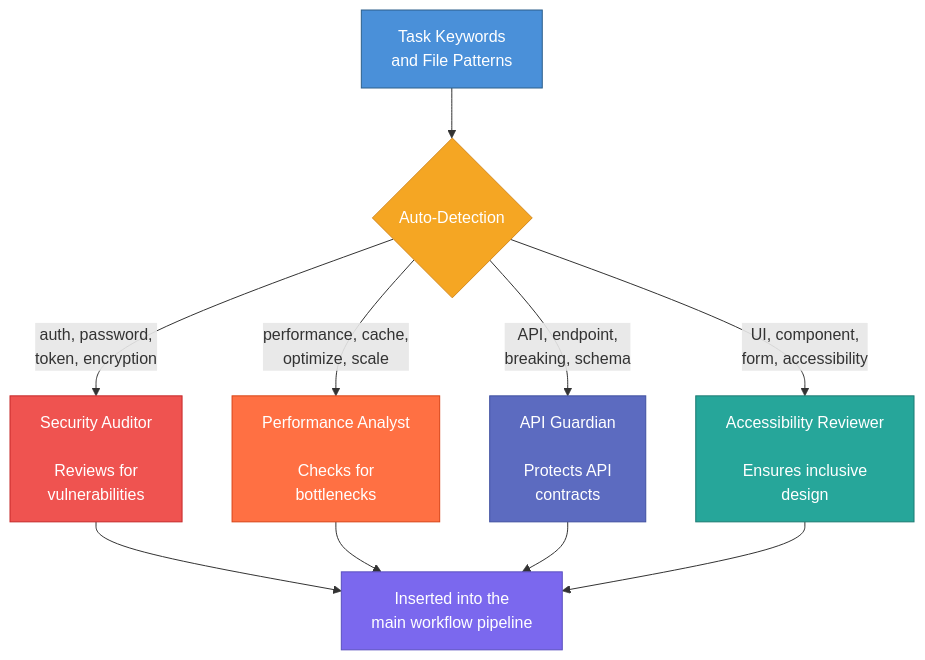
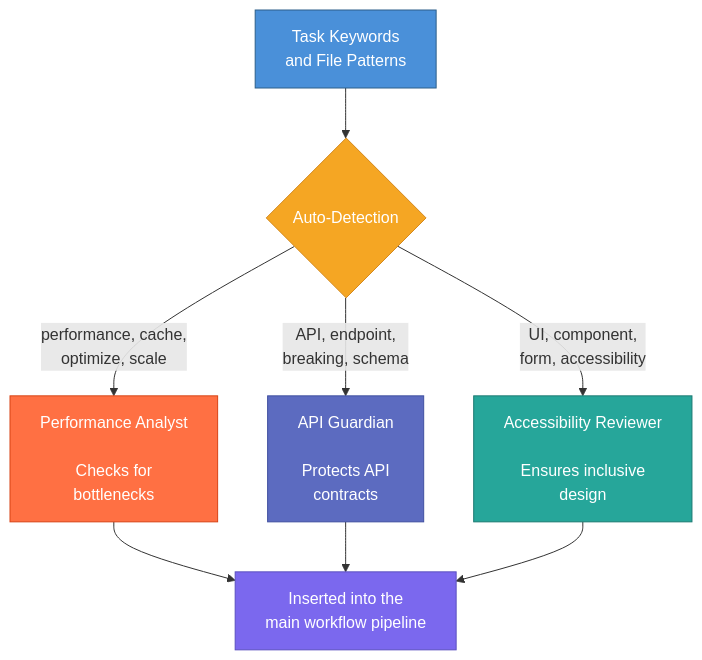
Before and after one commit to ciprianvradu/agentic-workflow: the eighth of 11 diagrams in docs/overview.md, drawn with Mermaid. The commit also changed other lines of this file and 72 other files, not shown here.

First line of the commit message:
Refactor workflow phases: replace 'architect' and 'developer' with 'planner' in tests and scripts

````diff
--- a/docs/overview.md
+++ b/docs/overview.md
@@ -360,22 +348,19 @@
 ```mermaid
 flowchart TD
     TASK["Task Keywords\nand File Patterns"] --> DETECT{Auto-Detection}
 
-    DETECT -->|"auth, password,\ntoken, encryption"| SEC["Security Auditor\n\nReviews for\nvulnerabilities"]
     DETECT -->|"performance, cache,\noptimize, scale"| PERF["Performance Analyst\n\nChecks for\nbottlenecks"]
     DETECT -->|"API, endpoint,\nbreaking, schema"| API["API Guardian\n\nProtects API\ncontracts"]
     DETECT -->|"UI, component,\nform, accessibility"| A11Y["Accessibility Reviewer\n\nEnsures inclusive\ndesign"]
 
-    SEC --> PIPELINE["Inserted into the\nmain workflow pipeline"]
-    PERF --> PIPELINE
+    PERF --> PIPELINE["Inserted into the\nmain workflow pipeline"]
     API --> PIPELINE
     A11Y --> PIPELINE
 
     style TASK fill:#4A90D9,stroke:#2C5F8A,color:#fff
     style DETECT fill:#F5A623,stroke:#D4891E,color:#fff
-    style SEC fill:#EF5350,stroke:#C62828,color:#fff
     style PERF fill:#FF7043,stroke:#D84315,color:#fff
     style API fill:#5C6BC0,stroke:#3F4FA0,color:#fff
     style A11Y fill:#26A69A,stroke:#1B7A72,color:#fff
     style PIPELINE fill:#7B68EE,stroke:#5A4FBF,color:#fff
 ```
````
